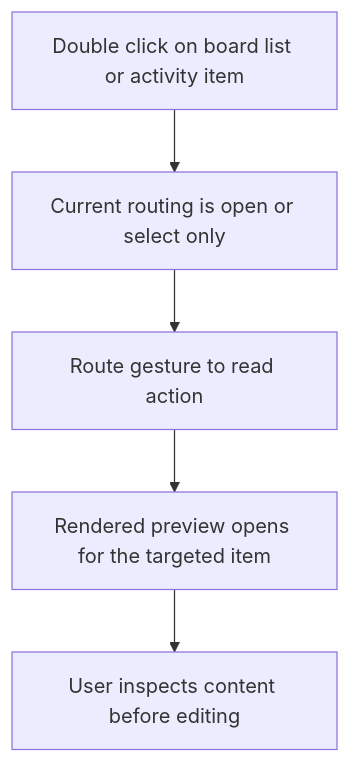
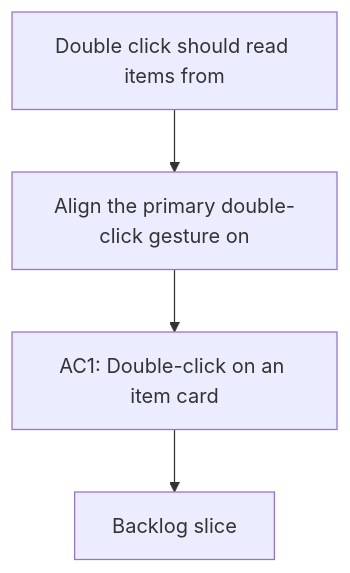
One commit to AlexAgo83/logics-manager changed the diagram in logics/request/req_058_double_click_should_read_items_from_list_board_and_activity.md. Above: the diagram before and after it, drawn with Mermaid. The commit also changed 481 other files, not shown here.

````diff
--- a/logics/request/req_058_double_click_should_read_items_from_list_board_and_activity.md
+++ b/logics/request/req_058_double_click_should_read_items_from_list_board_and_activity.md
@@ -23,8 +23,8 @@
 ```mermaid
+%% logics-kind: request
 %% logics-signature: request|double-click-should-read-items-from-list|align-the-primary-double-click-gesture-o|ac1-double-click-on-an-item-card
 flowchart TD
-    A[Double click on board list or activity item] --> B[Current routing is open or select only]
-    B --> C[Route gesture to read action]
-    C --> D[Rendered preview opens for the targeted item]
-    D --> E[User inspects content before editing]
+    Trigger[Double click should read items from] --> Need[Align the primary double-click gesture on]
+    Need --> Outcome[AC1: Double-click on an item card]
+    Outcome --> Backlog[Backlog slice]
 ```
````
